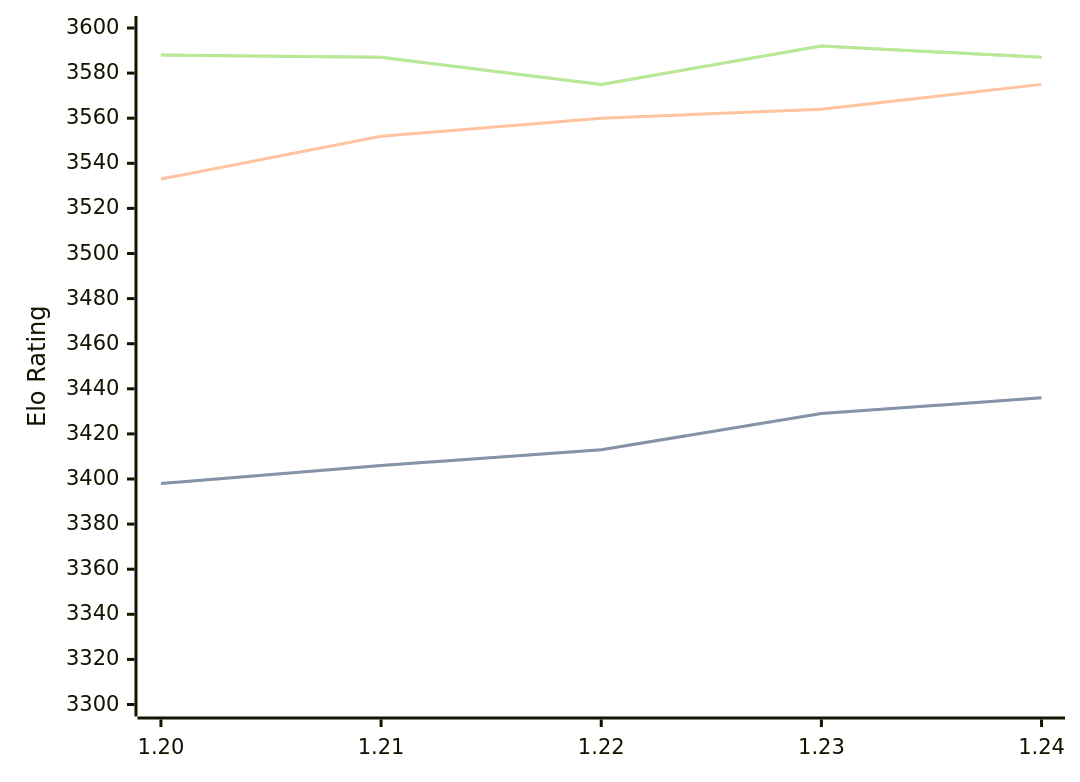
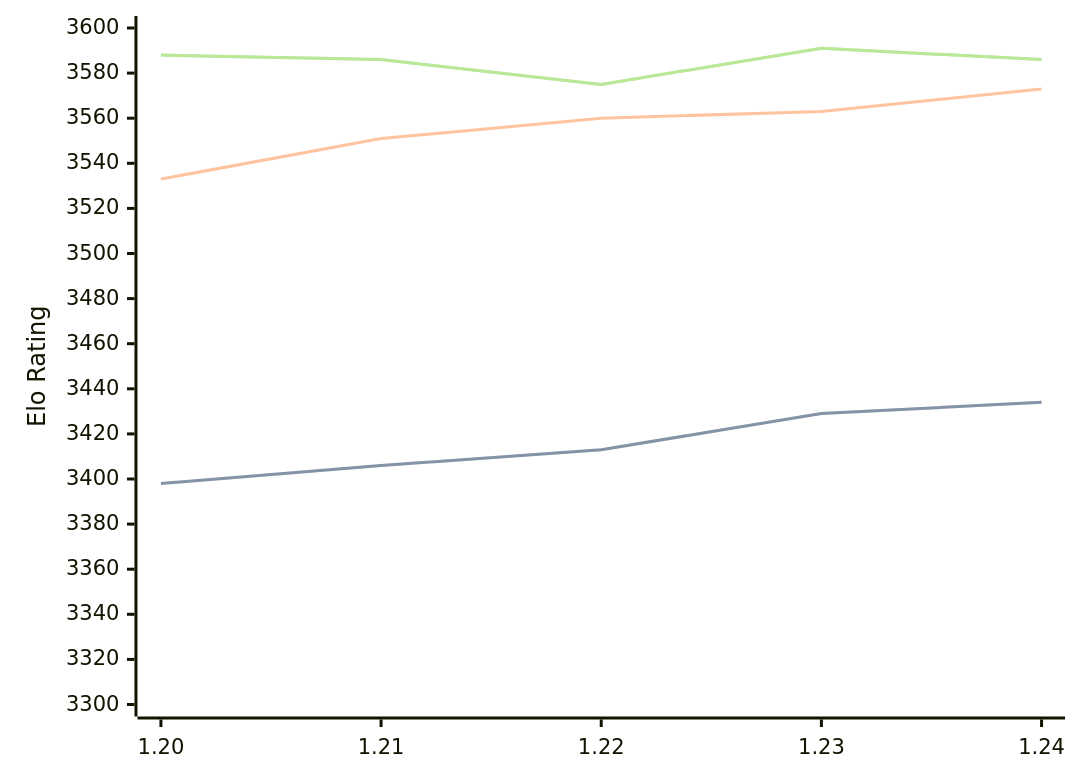
One commit to computer-chess-index/cci changed the diagram in engines/Caissa.md. Above: the diagram before and after it, drawn with Mermaid. The commit also changed other lines of this file, not shown here.

Commit message:
Update CCI Ratings (ELO VLTC) - 2026-03-04

````diff
--- a/engines/Caissa.md
+++ b/engines/Caissa.md
@@ -62,11 +62,11 @@
 ```mermaid
 %%{init: {"theme":"base","themeVariables":{"seriesColors:['#a3a3a3','#222221','#faa371']}}}%%
 xychart-beta
   x-axis ["1.20", "1.21", "1.22", "1.23", "1.24"]
   y-axis "Elo Rating" 3300 --> 3600
-  line "STC (8.0+0.08s)" [3398, 3406, 3413, 3429, 3436]
-  line "STC (8.0+0.08s)" [3398, 3406, 3413, 3429, 3436]
-  line "LTC (60.0+0.60s)" [3533, 3552, 3560, 3564, 3575]
-  line "VLTC (2m24s+1.12s)" [3588, 3587, 3575, 3592, 3587]
-  line "VLTC (2m24s+1.12s)" [3588, 3587, 3575, 3592, 3587]
+  line "STC (8.0+0.08s)" [3398, 3406, 3413, 3429, 3434]
+  line "STC (8.0+0.08s)" [3398, 3406, 3413, 3429, 3434]
+  line "LTC (60.0+0.60s)" [3533, 3551, 3560, 3563, 3573]
+  line "VLTC (2m24s+1.12s)" [3588, 3586, 3575, 3591, 3586]
+  line "VLTC (2m24s+1.12s)" [3588, 3586, 3575, 3591, 3586]
 ```
````
